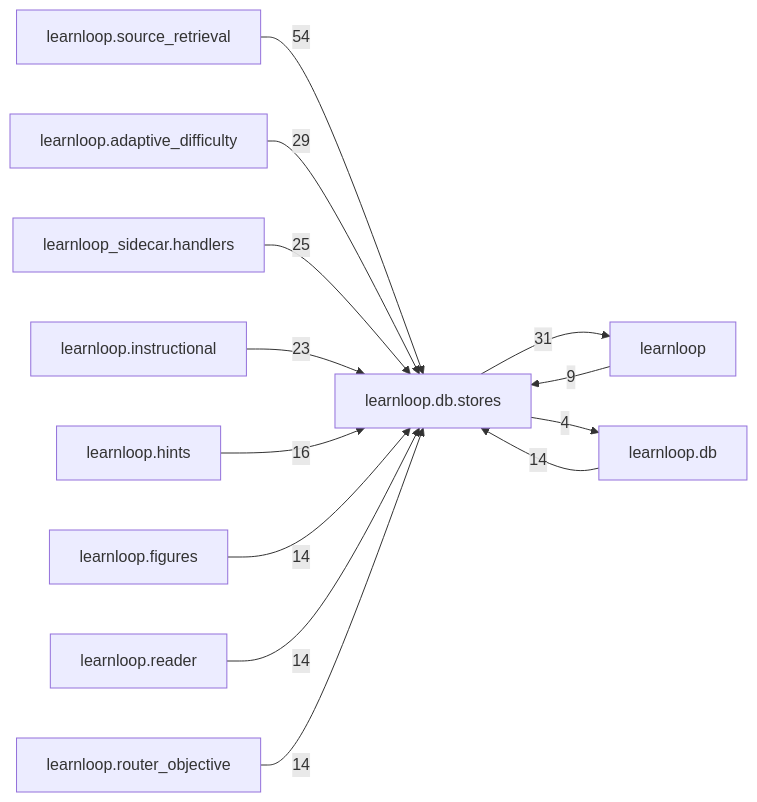
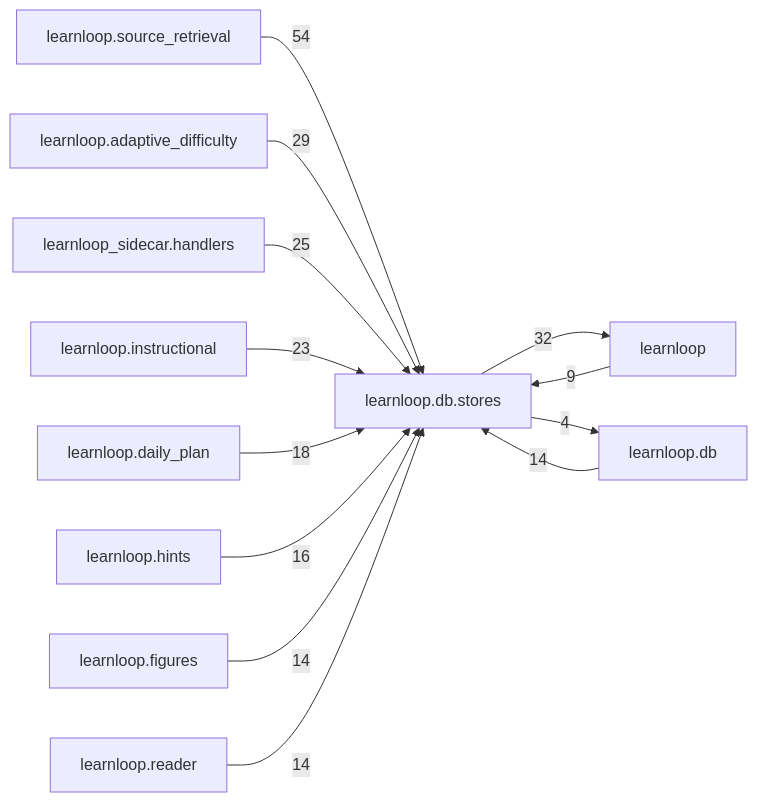
Before and after one commit to 6up-b/learnanything: the diagram in docs/learnloop-architecture-vault/Reference/Modules/learnloop/db/stores/_package.md, drawn with Mermaid. The commit also changed other lines of this file and 580 other files, not shown here.

First line of the commit message:
TE3b: spec §15.1a and §20 "As built", the router objective spec's §8.11 and §13, the review file, regenerated references

````diff
--- a/docs/learnloop-architecture-vault/Reference/Modules/learnloop/db/stores/_package.md
+++ b/docs/learnloop-architecture-vault/Reference/Modules/learnloop/db/stores/_package.md
@@ -218,26 +218,26 @@
 ```mermaid
 flowchart LR
     center["learnloop.db.stores"]
     n_learnloop_source_retrieval["learnloop.source_retrieval"]
     n_learnloop["learnloop"]
     n_learnloop_adaptive_difficulty["learnloop.adaptive_difficulty"]
     n_learnloop_sidecar_handlers["learnloop_sidecar.handlers"]
     n_learnloop_instructional["learnloop.instructional"]
+    n_learnloop_daily_plan["learnloop.daily_plan"]
     n_learnloop_db["learnloop.db"]
     n_learnloop_hints["learnloop.hints"]
     n_learnloop_figures["learnloop.figures"]
     n_learnloop_reader["learnloop.reader"]
-    n_learnloop_router_objective["learnloop.router_objective"]
     n_learnloop_source_retrieval -->|54| center
     n_learnloop -->|9| center
-    center -->|31| n_learnloop
+    center -->|32| n_learnloop
     n_learnloop_adaptive_difficulty -->|29| center
     n_learnloop_sidecar_handlers -->|25| center
     n_learnloop_instructional -->|23| center
+    n_learnloop_daily_plan -->|18| center
     n_learnloop_db -->|14| center
     center -->|4| n_learnloop_db
     n_learnloop_hints -->|16| center
     n_learnloop_figures -->|14| center
     n_learnloop_reader -->|14| center
-    n_learnloop_router_objective -->|14| center
 ```
````
